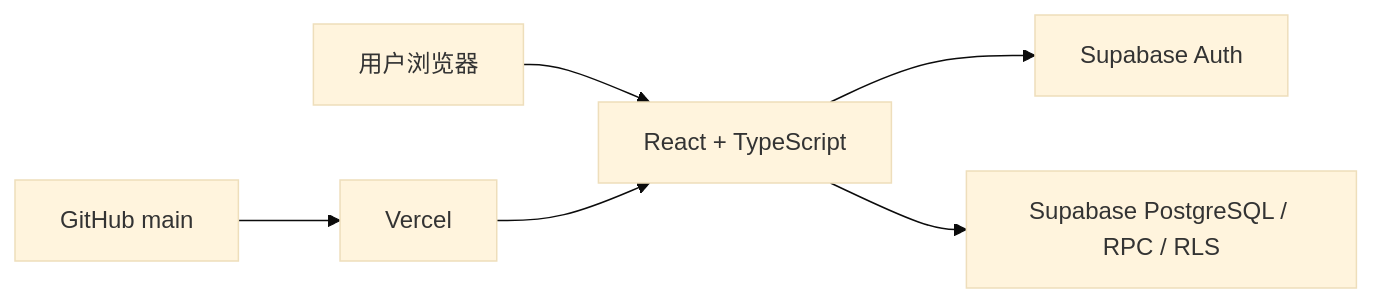
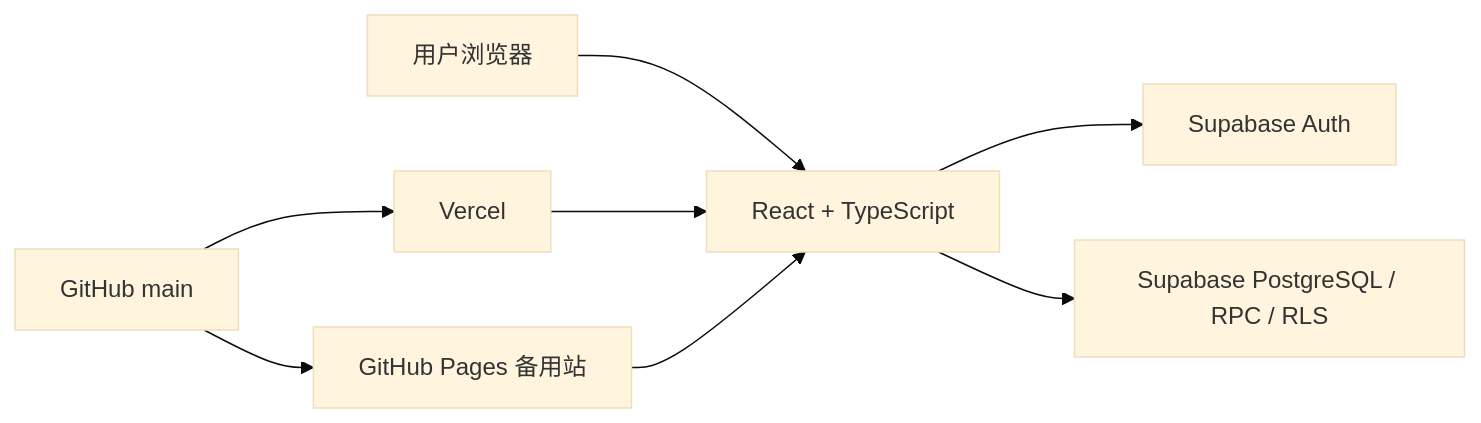
Before and after one commit to rickon03/sgfoodmap: the diagram in README.md, drawn with Mermaid (base theme). The commit also changed other lines of this file and 6 other files, not shown here.

Commit message:
feat: add GitHub Pages mirror and offline demo fallback

````diff
--- a/README.md
+++ b/README.md
@@ -64,8 +65,10 @@
 ```mermaid
 flowchart LR
   U[用户浏览器] --> A[React + TypeScript]
   A --> S[Supabase Auth]
   A --> D[Supabase PostgreSQL / RPC / RLS]
   V[Vercel] --> A
+  P[GitHub Pages 备用站] --> A
   G[GitHub main] --> V
+  G --> P
 ```
````
